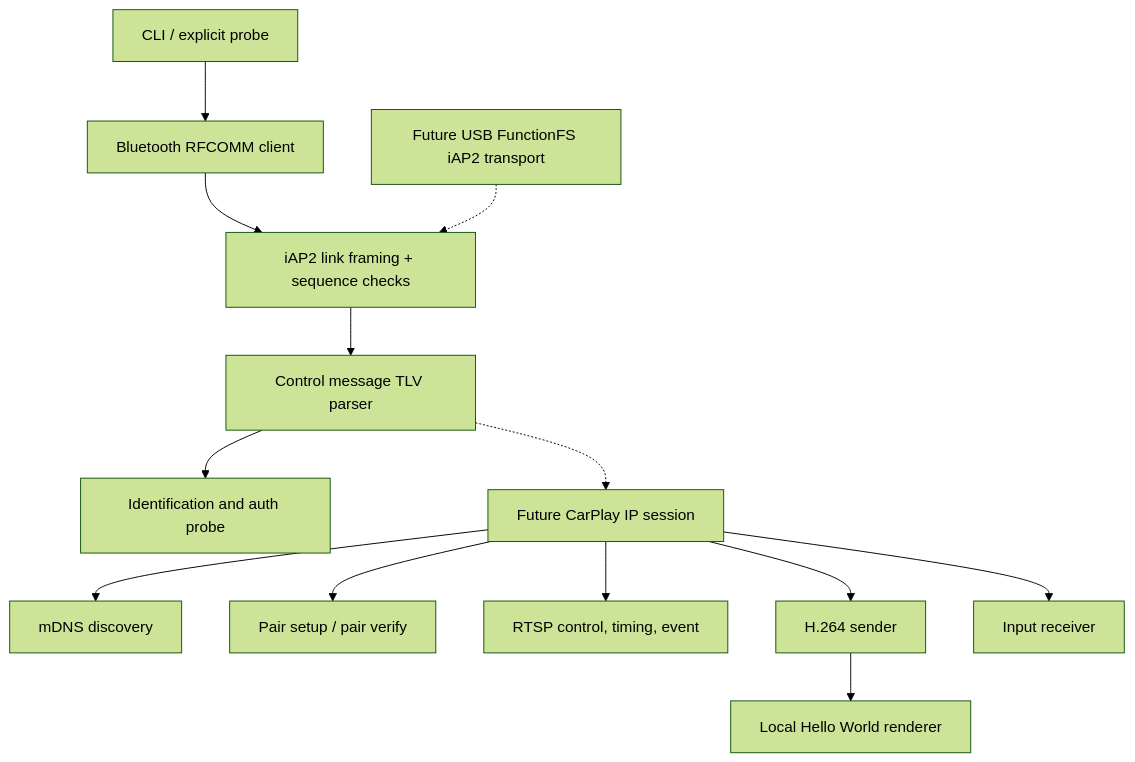
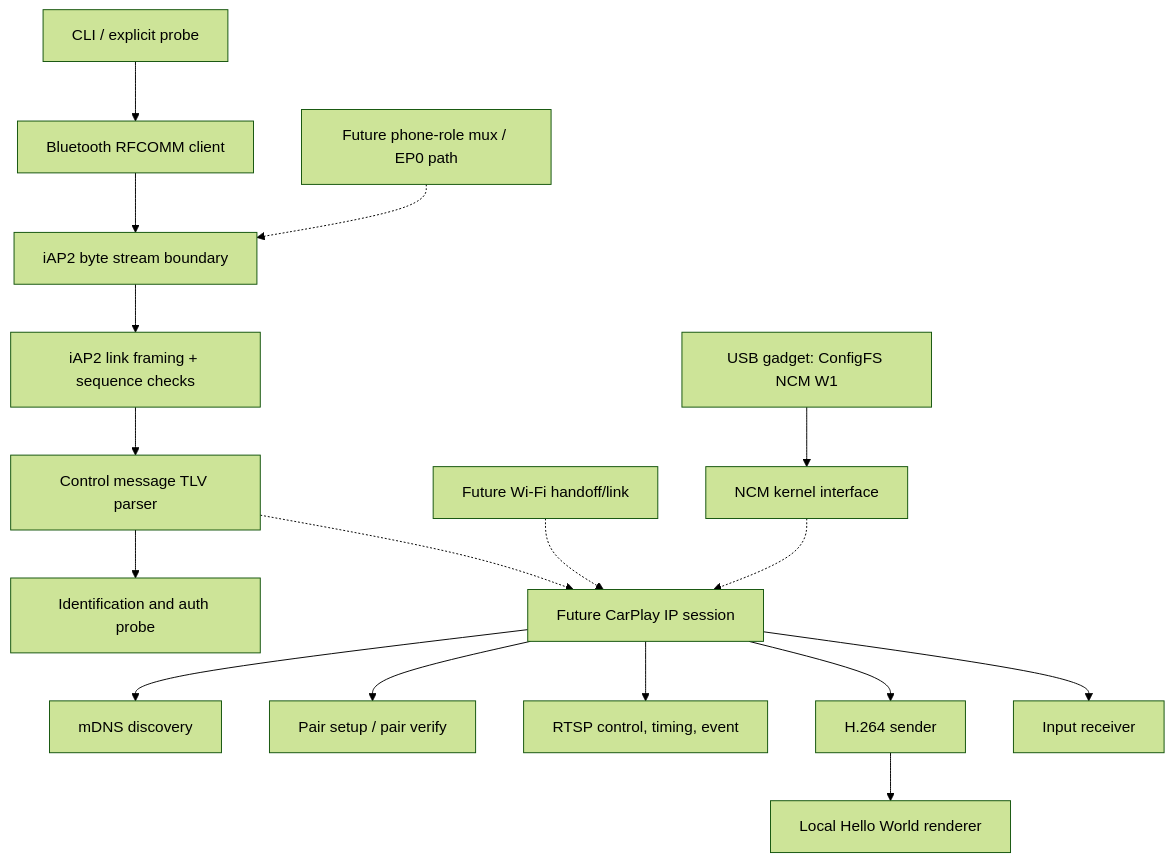
One commit to tylxr59/CarPi changed the second of 2 diagrams in docs/architecture.md. Above: the diagram before and after it, drawn with Mermaid (forest theme). The commit also changed other lines of this file and 15 other files, not shown here.

First line of the commit message:
Add reversible USB NCM gadget workflow

````diff
--- a/docs/architecture.md
+++ b/docs/architecture.md
@@ -13,15 +14,19 @@
 ```mermaid
 flowchart TB
     CLI[CLI / explicit probe] --> BT[Bluetooth RFCOMM client]
-    BT --> LINK[iAP2 link framing + sequence checks]
+    BT --> TRANSPORT[iAP2 byte stream boundary]
+    USB[USB gadget: ConfigFS NCM W1] --> NCM[NCM kernel interface]
+    FFS[Future phone-role mux / EP0 path] -.-> TRANSPORT
+    TRANSPORT --> LINK[iAP2 link framing + sequence checks]
     LINK --> CSM[Control message TLV parser]
     CSM --> AUTH[Identification and auth probe]
-    USB[Future USB FunctionFS iAP2 transport] -.-> LINK
     CSM -.-> IP[Future CarPlay IP session]
+    WIFI[Future Wi-Fi handoff/link] -.-> IP
+    NCM -.-> IP
     IP --> MDNS[mDNS discovery]
     IP --> PAIR[Pair setup / pair verify]
     IP --> RTSP[RTSP control, timing, event]
     IP --> VIDEO[H.264 sender]
     VIDEO --> FRAME[Local Hello World renderer]
     IP --> INPUT[Input receiver]
 ```
````
